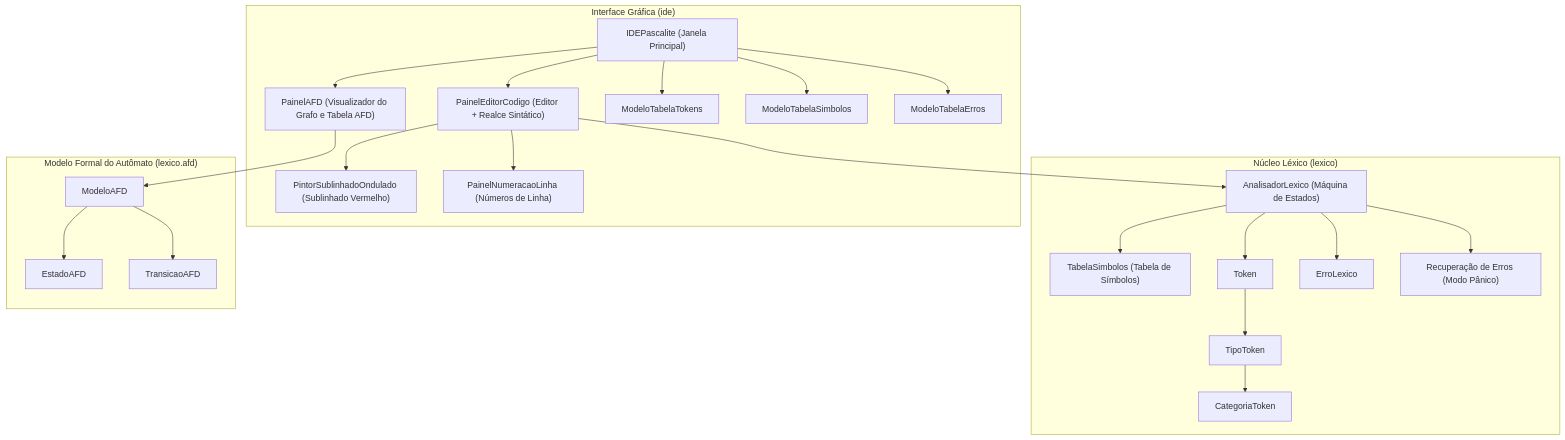
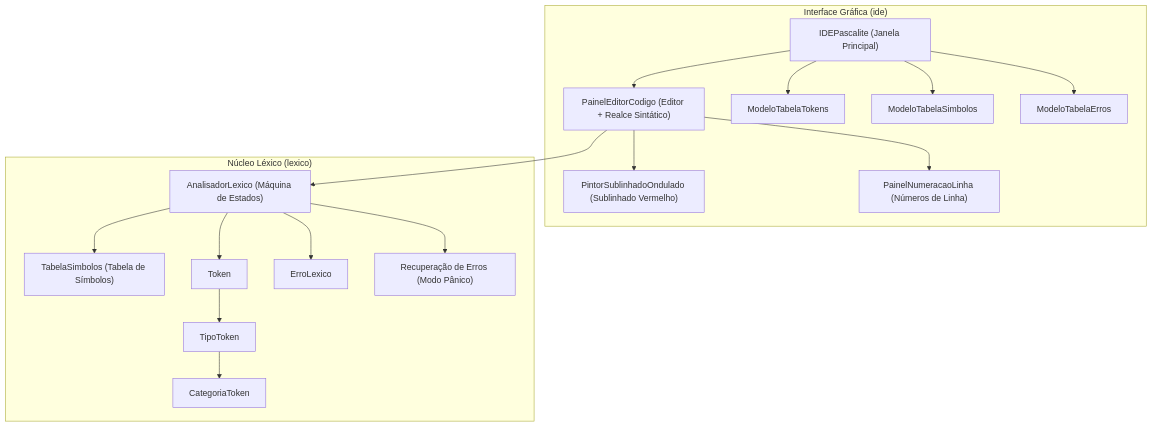
One commit to celin1221/Pascalite changed the diagram in RELATORIO.md. Above: the diagram before and after it, drawn with Mermaid. The commit also changed other lines of this file and 49 other files, not shown here.

````diff
--- a/RELATORIO.md
+++ b/RELATORIO.md
@@ -22,49 +22,38 @@
 ```mermaid
 graph TD
     subgraph UI ["Interface Gráfica (ide)"]
         IDE["IDEPascalite (Janela Principal)"]
         Editor["PainelEditorCodigo (Editor + Realce Sintático)"]
         Pintor["PintorSublinhadoOndulado (Sublinhado Vermelho)"]
         NumLinhas["PainelNumeracaoLinha (Números de Linha)"]
-        PainelAFD["PainelAFD (Visualizador do Grafo e Tabela AFD)"]
         ModTokens["ModeloTabelaTokens"]
         ModSimbolos["ModeloTabelaSimbolos"]
         ModErros["ModeloTabelaErros"]
     end
 
     subgraph Core ["Núcleo Léxico (lexico)"]
         Analisador["AnalisadorLexico (Máquina de Estados)"]
         TabSimbolos["TabelaSimbolos (Tabela de Símbolos)"]
         Token["Token"]
         TipoToken["TipoToken"]
         CategoriaToken["CategoriaToken"]
         ErroLexico["ErroLexico"]
         ModoPanico["Recuperação de Erros (Modo Pânico)"]
     end
 
-    subgraph AFD ["Modelo Formal do Autômato (lexico.afd)"]
-        ModeloAFD["ModeloAFD"]
-        EstadoAFD["EstadoAFD"]
-        TransicaoAFD["TransicaoAFD"]
-    end
-
     IDE --> Editor
     Editor --> NumLinhas
     Editor --> Pintor
     Editor --> Analisador
-    IDE --> PainelAFD
-    PainelAFD --> ModeloAFD
-    ModeloAFD --> EstadoAFD
-    ModeloAFD --> TransicaoAFD
 
     Analisador --> TabSimbolos
     Analisador --> Token
     Analisador --> ErroLexico
     Analisador --> ModoPanico
     Token --> TipoToken
     TipoToken --> CategoriaToken
 
     IDE --> ModTokens
     IDE --> ModSimbolos
     IDE --> ModErros
 ```
````
